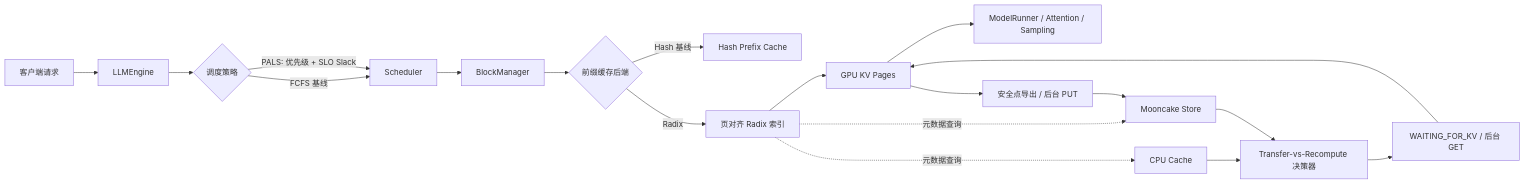
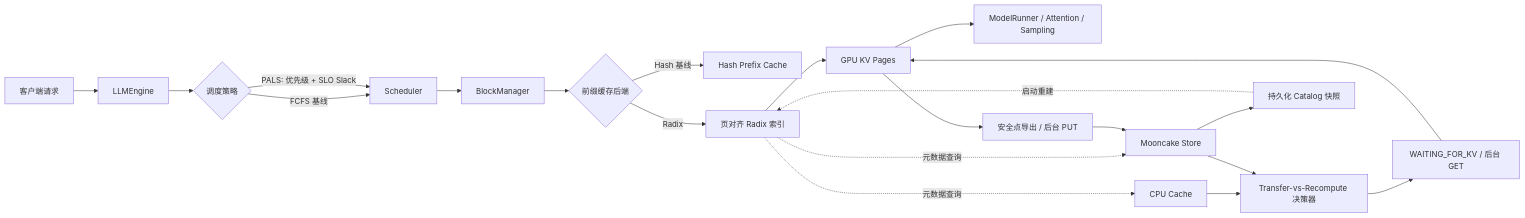
One commit to Xuhang0607/nano-vllm-qos changed the diagram in README_zh-CN.md. Above: the diagram before and after it, drawn with Mermaid. The commit also changed other lines of this file and 14 other files, not shown here.

````diff
--- a/README_zh-CN.md
+++ b/README_zh-CN.md
@@ -42,21 +43,23 @@
 ```mermaid
 flowchart LR
     A[客户端请求] --> B[LLMEngine]
     B --> C{调度策略}
     C -->|FCFS 基线| D[Scheduler]
     C -->|PALS: 优先级 + SLO Slack| D
     D --> E[BlockManager]
     E --> F{前缀缓存后端}
     F -->|Hash 基线| G[Hash Prefix Cache]
     F -->|Radix| H[页对齐 Radix 索引]
     H --> I[GPU KV Pages]
     H -. 元数据查询 .-> J[CPU Cache]
     H -. 元数据查询 .-> K[Mooncake Store]
     J --> L[Transfer-vs-Recompute 决策器]
     K --> L
     L --> N[WAITING_FOR_KV / 后台 GET]
     N --> I
     I --> M[ModelRunner / Attention / Sampling]
     I --> O[安全点导出 / 后台 PUT]
     O --> K
+    K --> P[持久化 Catalog 快照]
+    P -. 启动重建 .-> H
 ```
````
